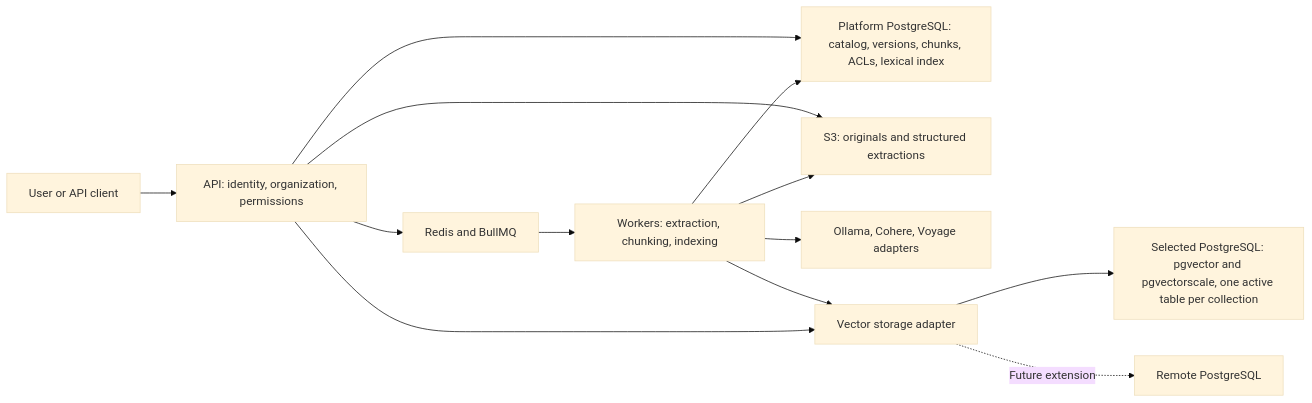
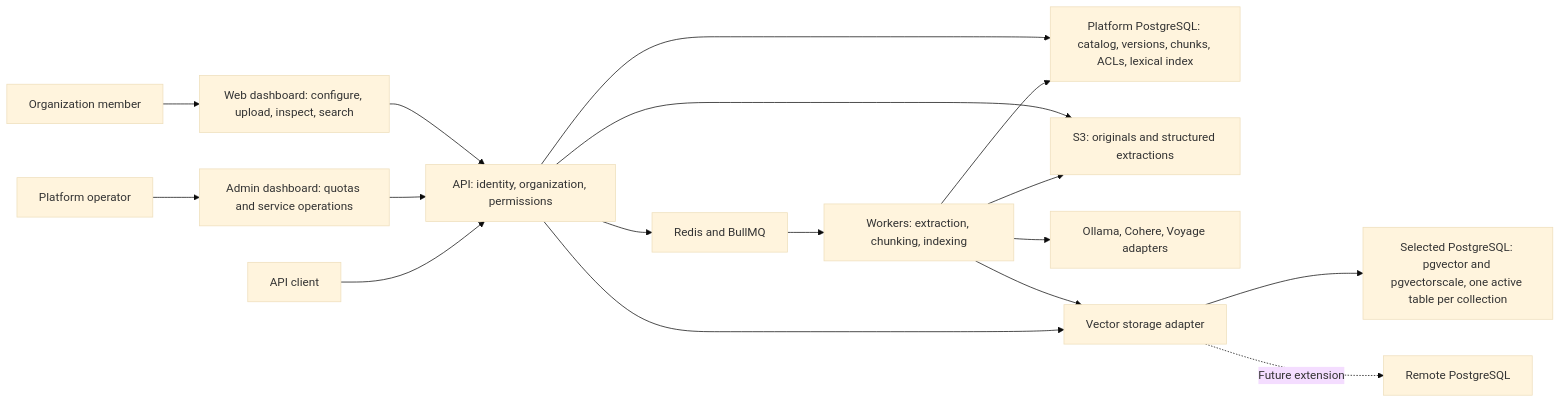
One commit to SimonLoir/vectorix changed the first of 5 diagrams in docs/rag-implementation-plan.md. Above: the diagram before and after it, drawn with Mermaid (base theme). The commit also changed other lines of this file and 6 other files, not shown here.

````diff
--- a/docs/rag-implementation-plan.md
+++ b/docs/rag-implementation-plan.md
@@ -24,15 +24,19 @@
 ```mermaid
 flowchart LR
-    U["User or API client"] --> API["API: identity, organization, permissions"]
+    U["Organization member"] --> WEB["Web dashboard: configure, upload, inspect, search"]
+    OP["Platform operator"] --> ADMIN["Admin dashboard: quotas and service operations"]
+    WEB --> API["API: identity, organization, permissions"]
+    ADMIN --> API
+    CLIENT["API client"] --> API
     API --> APP["Platform PostgreSQL: catalog, versions, chunks, ACLs, lexical index"]
     API --> S3["S3: originals and structured extractions"]
     API --> QUEUE["Redis and BullMQ"]
     QUEUE --> WORKER["Workers: extraction, chunking, indexing"]
     WORKER --> APP
     WORKER --> S3
     WORKER --> EMB["Ollama, Cohere, Voyage adapters"]
     WORKER --> VS["Vector storage adapter"]
     API --> VS
     VS --> PG["Selected PostgreSQL: pgvector and pgvectorscale, one active table per collection"]
     VS -. "Future extension" .-> REMOTE["Remote PostgreSQL"]
 ```
````
